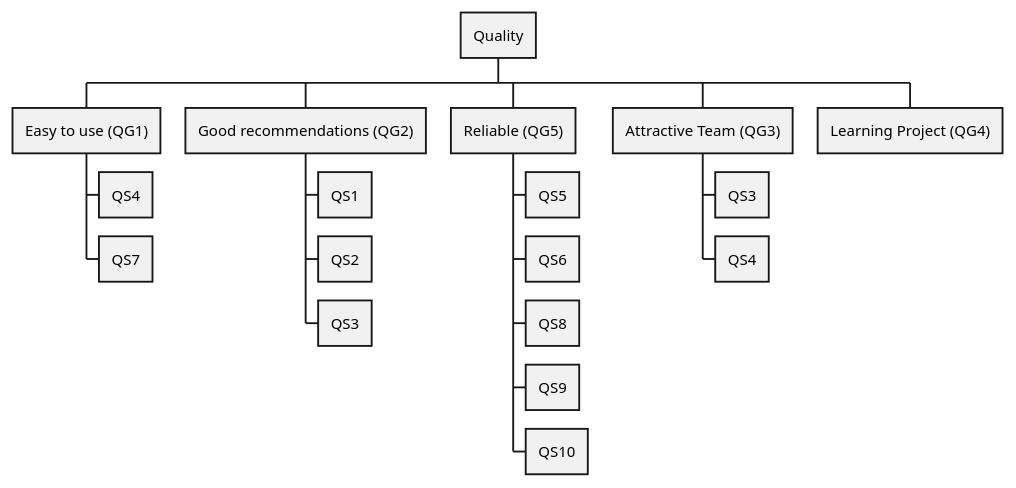
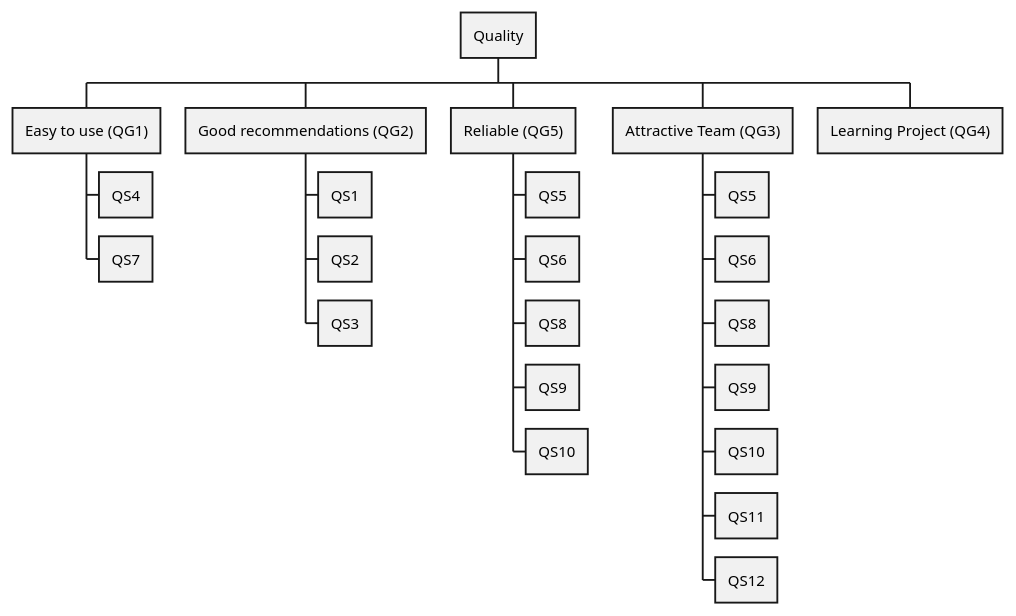
Before and after one commit to dancier/documentation: the diagram in src/main/jbake/content/documentation/arc42/src/10_quality_scenarios.adoc, drawn with PlantUML. The commit also changed other lines of this file, not shown here.

Commit message:
last quality scenarios

```diff
--- a/src/main/jbake/content/documentation/arc42/src/10_quality_scenarios.adoc
+++ b/src/main/jbake/content/documentation/arc42/src/10_quality_scenarios.adoc
@@ -6,29 +6,34 @@
 [plantuml, cloud-architecture, svg]
 ....
 @startwbs
 * Quality
 ** Easy to use (QG1)
 *** QS4
 *** QS7
 
 ** Good recommendations (QG2)
 *** QS1
 *** QS2
 *** QS3
 
 ** Reliable (QG5)
 *** QS5
 *** QS6
 *** QS8
 *** QS9
 *** QS10
 
 
 ** Attractive Team (QG3)
-*** QS3
-*** QS4
+*** QS5
+*** QS6
+*** QS8
+*** QS9
+*** QS10
+*** QS11
+*** QS12
 
 ** Learning Project (QG4)
 
 @endwbs
 ....
```
